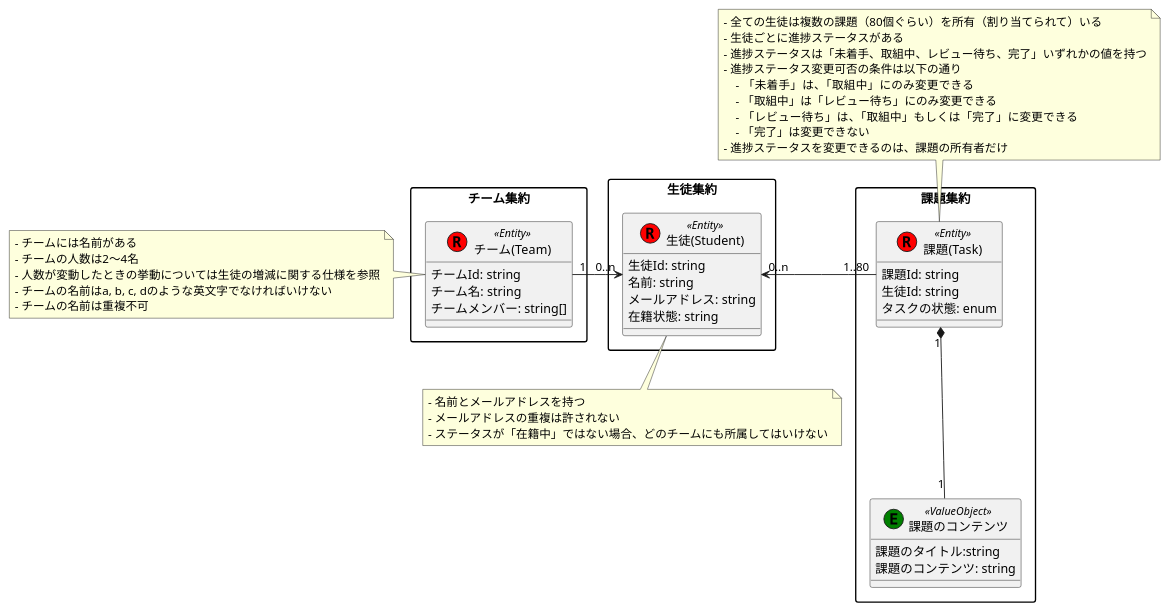
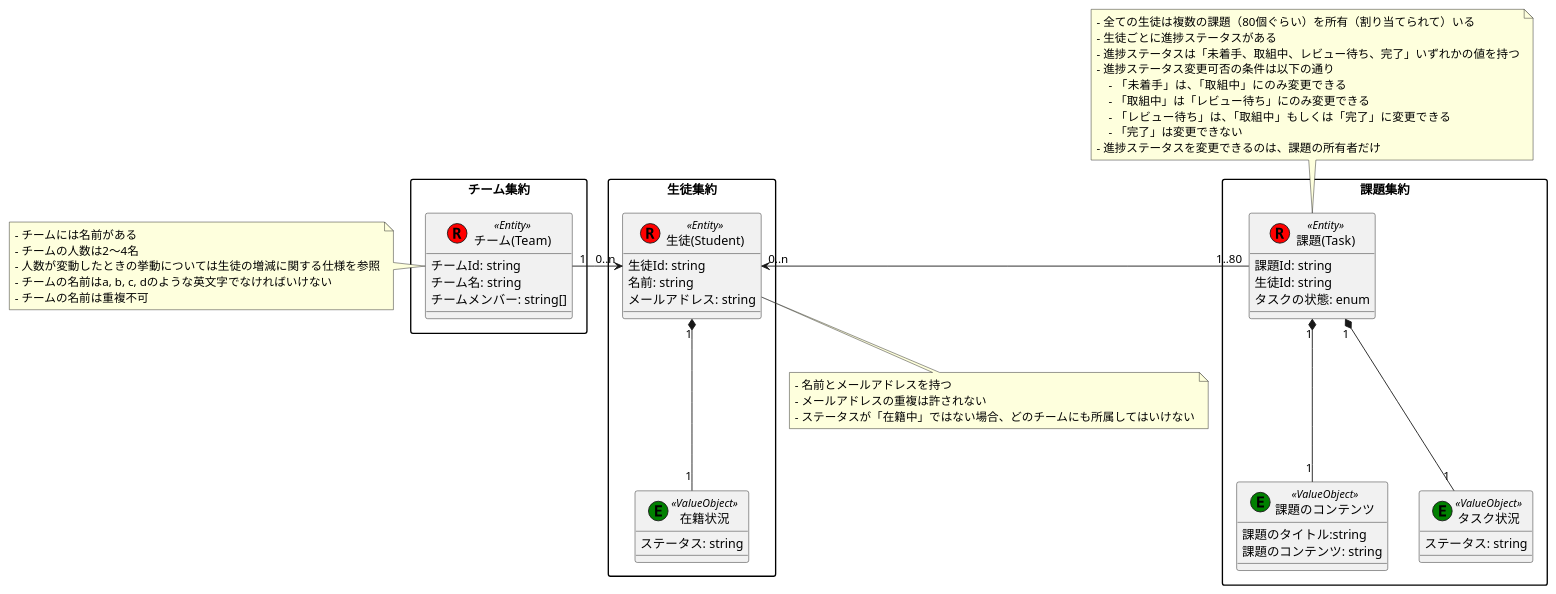
One commit to yooooooooh/ddd-sample changed the diagram in doc/model.pu. Above: the diagram before and after it, drawn with PlantUML. The commit also changed 2 other files, not shown here.

```diff
--- a/doc/model.pu
+++ b/doc/model.pu
@@ -1,68 +1,77 @@
 @startuml プラハチャレンジ進捗管理システム
 
 skinparam packageStyle rectangle
 
 ' 1. エンティティの定義
 package 生徒集約 {
     class "生徒(Student)" as Student << (R, Red) Entity >>  {
         生徒Id: string
         名前: string
         メールアドレス: string
-        在籍状態: string
+    }
+
+    class "在籍状況" as StudentStatus << (E, green) ValueObject >>  {
+        ステータス: string
     }
 }
 
 package チーム集約 {
     class "チーム(Team)" as Team << (R,red) Entity >> {
         チームId: string
         チーム名: string
         チームメンバー: string[]
     }
 }
 
 package 課題集約 {
     class "課題(Task)" as Task  << (R,red) Entity >> {
         課題Id: string
         生徒Id: string
         タスクの状態: enum
     }
 
     class "課題のコンテンツ" as TaskContent << (E, green) ValueObject >>  {
         課題のタイトル:string
         課題のコンテンツ: string
+    }
+
+    class "タスク状況" as TaskStatus << (E, green) ValueObject >>  {
+        ステータス: string
     }
 }
 
 ' 3. ルールの追加
 note bottom of Student
     - 名前とメールアドレスを持つ
     - メールアドレスの重複は許されない
     - ステータスが「在籍中」ではない場合、どのチームにも所属してはいけない
 end note
 
 note left of Team
     - チームには名前がある
     - チームの人数は2〜4名
     - 人数が変動したときの挙動については生徒の増減に関する仕様を参照
     - チームの名前はa, b, c, dのような英文字でなければいけない
     - チームの名前は重複不可
 end note
 
 note top of Task
     - 全ての生徒は複数の課題（80個ぐらい）を所有（割り当てられて）いる
     - 生徒ごとに進捗ステータスがある
     - 進捗ステータスは「未着手、取組中、レビュー待ち、完了」いずれかの値を持つ
     - 進捗ステータス変更可否の条件は以下の通り
         - 「未着手」は、「取組中」にのみ変更できる
         - 「取組中」は「レビュー待ち」にのみ変更できる
         - 「レビュー待ち」は、「取組中」もしくは「完了」に変更できる
         - 「完了」は変更できない
     - 進捗ステータスを変更できるのは、課題の所有者だけ
 end note
 
 ' 4. 関連性の定義
 Task "1..80" -left-> "0..n" Student
 Task "1" *--- "1" TaskContent
+Task "1" *--- "1" TaskStatus
+Student "1" *--- "1" StudentStatus
 Student "0..n" <-left- "1" Team
 
 @enduml
```
